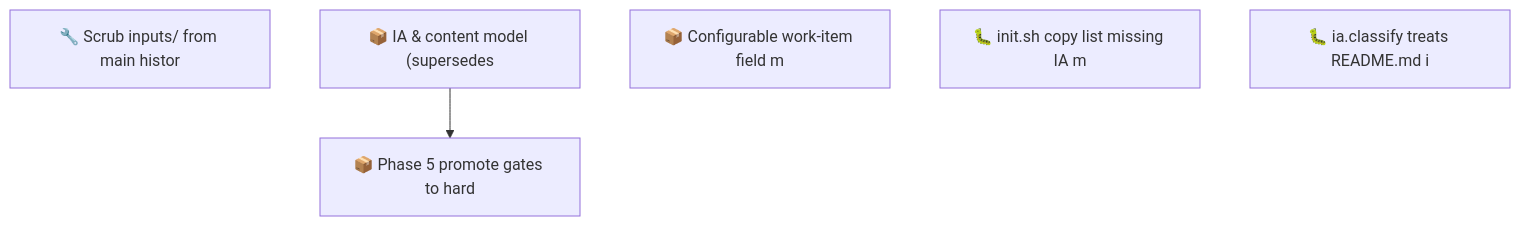
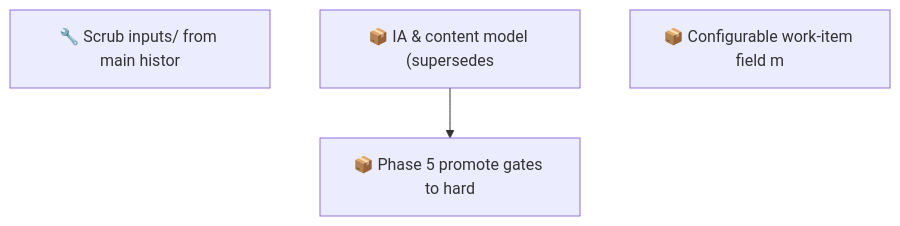
Before and after one commit to SpillwaveSolutions/wiki_ticket_sdd: the second of 2 diagrams in docs/roadmap.md, drawn with Mermaid. The commit also changed other lines of this file and 10 other files, not shown here.

First line of the commit message:
fix(init): install IA modules on scaffold; classify skips folder READMEs (items 01KY5ZY3ZX, 01KY6037BN)

````diff
--- a/docs/roadmap.md
+++ b/docs/roadmap.md
@@ -70,10 +66,8 @@
 ```mermaid
 graph TD
     01KY2KHHF43KAZ54F57BQW71TD["🔧 Scrub inputs/ from main histor"]
     01KY5G9ZW0H2YMNWDFJYGRPYE5["📦 IA & content model (supersedes"]
     01KY5G9ZW0RABXWHEMEP1FAV2G["📦 Phase 5 promote gates to hard"]
     01KY5NE0ZYGBWG44N0KPEBFCZ8["📦 Configurable work-item field m"]
-    01KY5ZY3ZX2Z4F73Y0BT0M0NR5["🐛 init.sh copy list missing IA m"]
-    01KY6037BN94086PR1QP0CM7XC["🐛 ia.classify treats README.md i"]
     01KY5G9ZW0H2YMNWDFJYGRPYE5 --> 01KY5G9ZW0RABXWHEMEP1FAV2G
 ```
````
